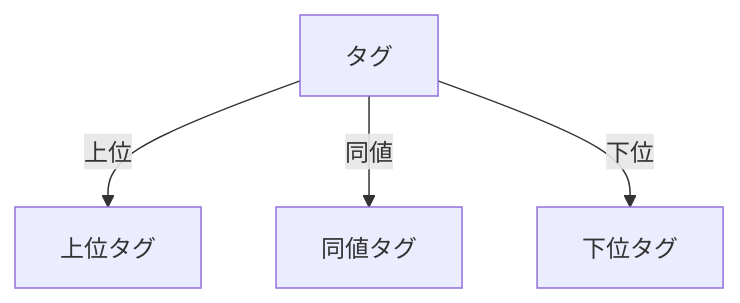
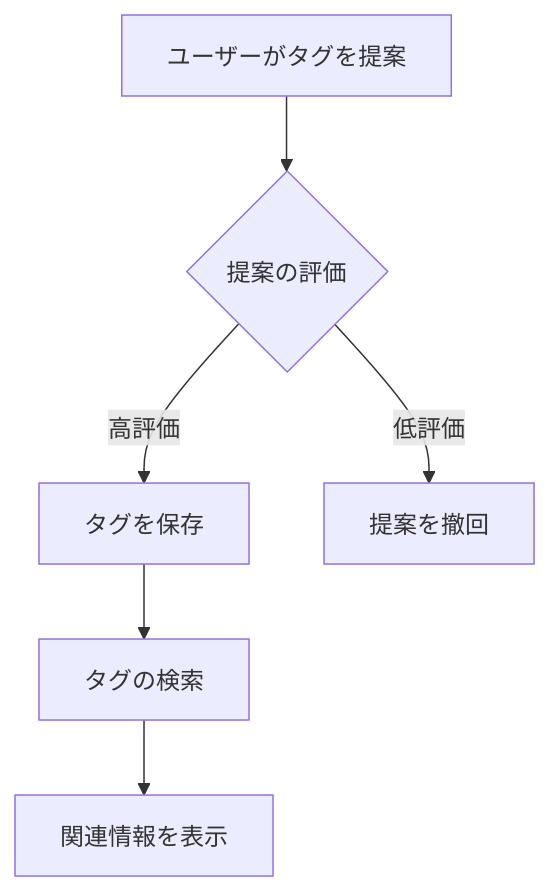
Before and after one commit to amata1219/autodoc-test: the diagram in .docs/src/タグ.md, drawn with Mermaid. The commit also changed other lines of this file and 9 other files, not shown here.

````diff
--- a/.docs/src/タグ.md
+++ b/.docs/src/タグ.md
@@ -20,6 +24,8 @@
 ```mermaid
 graph TD;
-    A[タグ] -->|上位| B[上位タグ]
-    A -->|同値| C[同値タグ]
-    A -->|下位| D[下位タグ]
+    A[ユーザーがタグを提案] --> B{提案の評価}
+    B -->|高評価| C[タグを保存]
+    B -->|低評価| D[提案を撤回]
+    C --> E[タグの検索]
+    E --> F[関連情報を表示]
 ```
````
